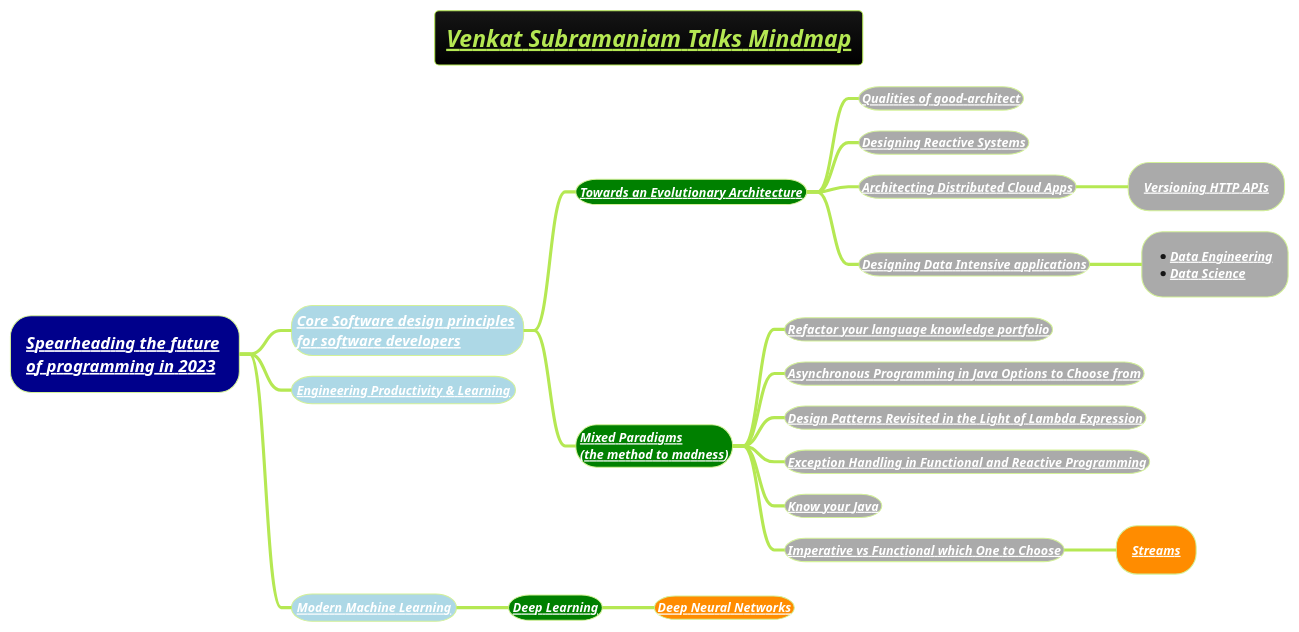
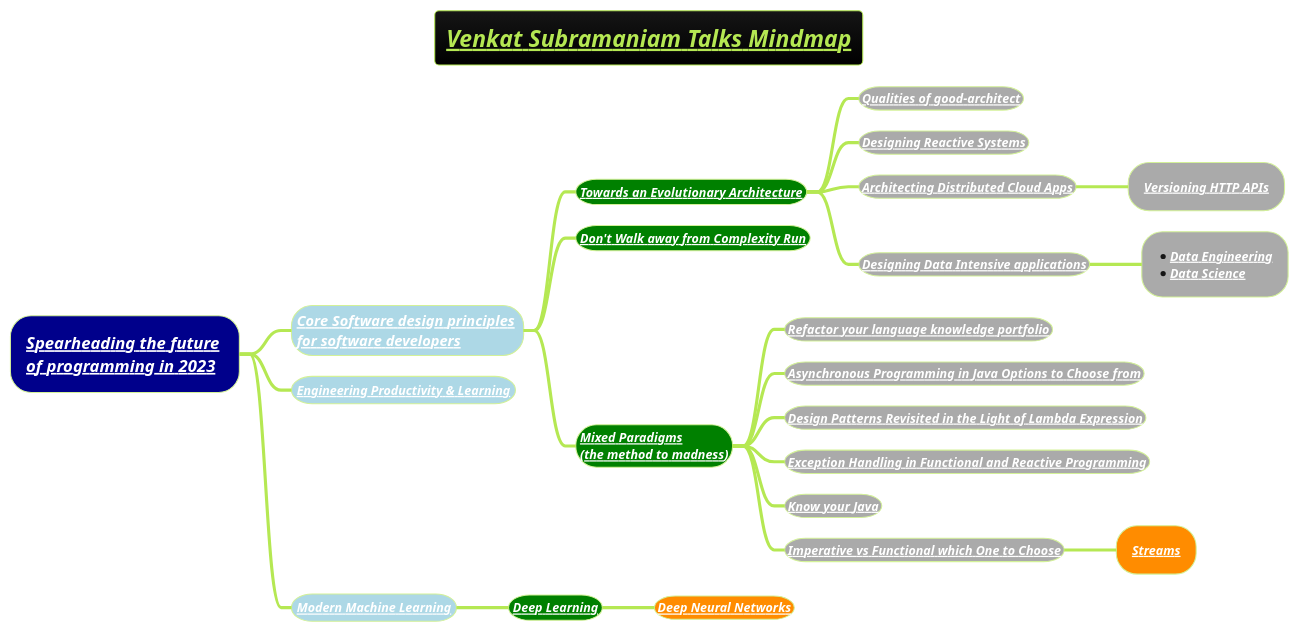
One commit to MehmoodHashmi/Documentation-as-Code-DaC changed the diagram in docs/3-programming-languages/Venkat-Subramaniam/venkat-talks-mindmap.puml. Above: the diagram before and after it, drawn with PlantUML. The commit also changed 19 other files, not shown here.

```diff
--- a/docs/3-programming-languages/Venkat-Subramaniam/venkat-talks-mindmap.puml
+++ b/docs/3-programming-languages/Venkat-Subramaniam/venkat-talks-mindmap.puml
@@ -1,27 +1,28 @@
 @startmindmap
 title =<i><b><u><size:18>Venkat Subramaniam Talks Mindmap
 !theme hacker
 
 *[#darkblue] <i><color #black>[[docs/3-programming-languages/Venkat-Subramaniam/Spearheading-the-future-of-programming-2023.puml Spearheading the future]] \n<i><color #black>[[docs/3-programming-languages/Venkat-Subramaniam/Spearheading-the-future-of-programming-2023.puml of programming in 2023]]
 **[#lightblue] <color:white><i>[[docs/3-programming-languages/Venkat-Subramaniam/Core-Software-design-principles-for-software-developers.puml Core Software design principles]] \n<color:white><i>[[docs/3-programming-languages/Venkat-Subramaniam/Core-Software-design-principles-for-software-developers.puml for software developers ]]
 ***[#green] <b><i><color #black><size:12>[[docs/3-programming-languages/Venkat-Subramaniam/Towards-an-Evolutionary-Architecture.puml Towards an Evolutionary Architecture]]
 ****[#a] <b><i><color #black><size:12>[[docs/3-programming-languages/Venkat-Subramaniam/Qualities-of-good-architect.puml Qualities of good-architect]]
 ****[#a] <b><i><color #black><size:12>[[docs/3-programming-languages/Venkat-Subramaniam/Designing-Reactive-Systems.puml Designing Reactive Systems]]
 ****[#a] <b><i><color #black><size:12>[[docs/3-programming-languages/Venkat-Subramaniam/Architecting-Distributed-Cloud-Apps.puml Architecting Distributed Cloud Apps]]
 *****[#a] <b><i><color #black><size:12>[[docs/3-programming-languages/Venkat-Subramaniam/Architecting-Distributed-Cloud-Apps.puml Versioning HTTP APIs]]
 ****[#a] <b><i><color #black><size:12>[[docs/books/1-books-backlog/DBMS/Designing-Data-Intensive-Applications.puml Designing Data Intensive applications]]
 *****[#a] *<b><i><color #black><size:12>[[docs/AI-ML-DL-Data-Science-and-BigData/data-science/data-engineering/Data-Engineering.puml Data Engineering]] \n*<b><i><color #black><size:12>[[docs/AI-ML-DL-Data-Science-and-BigData/data-science/Data-Science.puml Data Science]]
+***[#green] <b><i><color #black><size:12>[[docs/3-programming-languages/Venkat-Subramaniam/mixed-paradigms-(the-method-to-madness).puml Don't Walk away from Complexity Run]]
 ***[#green] <b><i><color #black><size:12>[[docs/3-programming-languages/Venkat-Subramaniam/mixed-paradigms-(the-method-to-madness).puml Mixed Paradigms]] \n<b><i><color #black><size:12>[[docs/3-programming-languages/Venkat-Subramaniam/mixed-paradigms-(the-method-to-madness).puml (the method to madness)]]
 ****[#a] <b><i><color #black><size:12>[[docs/3-programming-languages/Venkat-Subramaniam/Refactor-your-language-knowledge-portfolio-(we-are-what-we-can-code-in).puml Refactor your language knowledge portfolio]]
 ****[#a] <b><i><color #black><size:12>[[docs/3-programming-languages/Venkat-Subramaniam/Asynchronous-Programming-in-Java-Options-to-Choose-from.puml Asynchronous Programming in Java Options to Choose from]]
 ****[#a] <b><i><color #black><size:12>[[docs/3-programming-languages/Venkat-Subramaniam/Design-Patterns-revisited-in-the-Light-of-Lambda-Expression.puml Design Patterns Revisited in the Light of Lambda Expression]]
 ****[#a] <b><i><color #black><size:12>[[docs/3-programming-languages/Venkat-Subramaniam/Exception-Handling-in-Functional-and-Reactive-Programming.puml Exception Handling in Functional and Reactive Programming]]
 ****[#a] <b><i><color #black><size:12>[[docs/3-programming-languages/Venkat-Subramaniam/Know-your-java-venkat.puml Know your Java]]
 ****[#a] <b><i><color #black><size:12>[[docs/3-programming-languages/Venkat-Subramaniam/Imperative-vs-Functional-Which-one-to-Choose.puml Imperative vs Functional which One to Choose]]
 *****[#darkorange] <b><i><color #black><size:12>[[docs/3-programming-languages/Venkat-Subramaniam/Streams.puml Streams]]
 **[#lightblue] <b><i><color #black><size:12>[[docs/3-programming-languages/Venkat-Subramaniam/Engineering-Productivity-and-Learning.puml Engineering Productivity & Learning]]
 **[#lightblue] <b><i><color #black><size:12>[[docs/AI-ML-DL-Data-Science-and-BigData/machine-learning-ML/Modern-Machine-Learning.puml Modern Machine Learning]]
 ***[#green] <b><i><color #black><size:12>[[docs/AI-ML-DL-Data-Science-and-BigData/machine-learning-ML/3-deep-learning-DL/Deep-Learning.puml Deep Learning]]
 ****[#darkorange] <b><i><color #black><size:12>[[docs/AI-ML-DL-Data-Science-and-BigData/machine-learning-ML/3-deep-learning-DL/Neural-Network-Architecture.puml Deep Neural Networks]]
 
 @endmindmap
```
